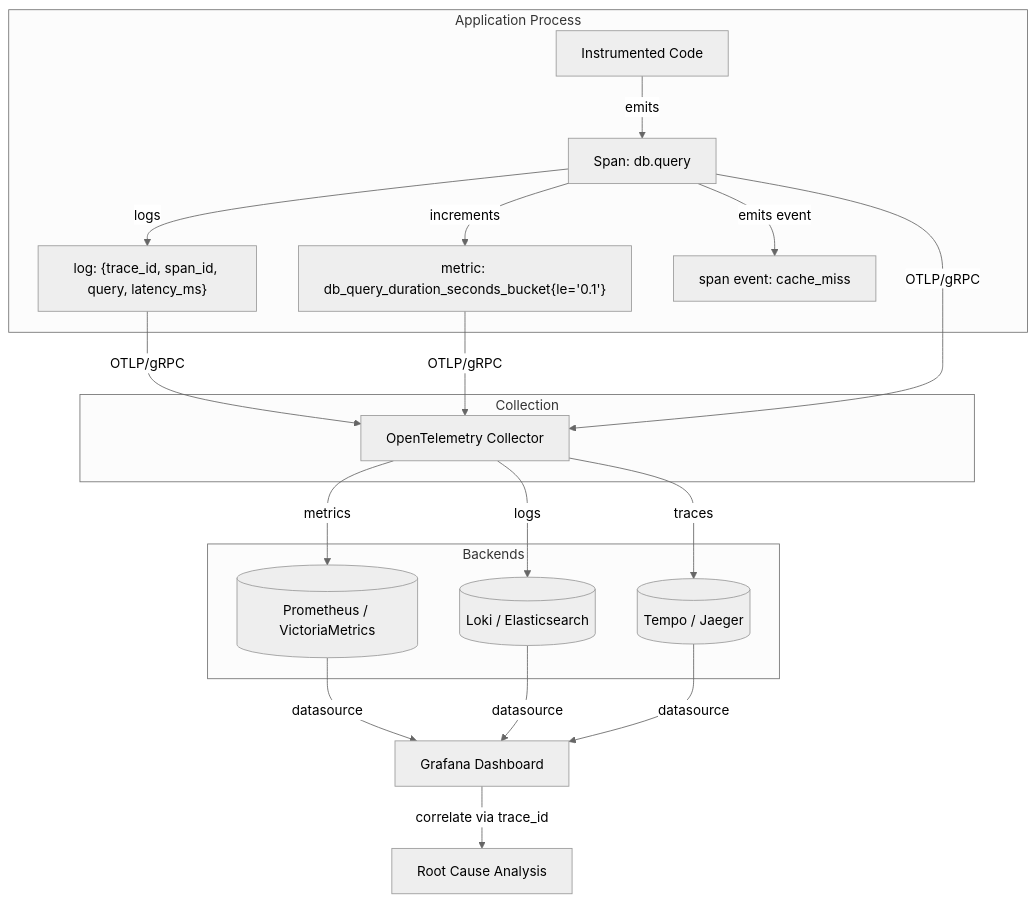
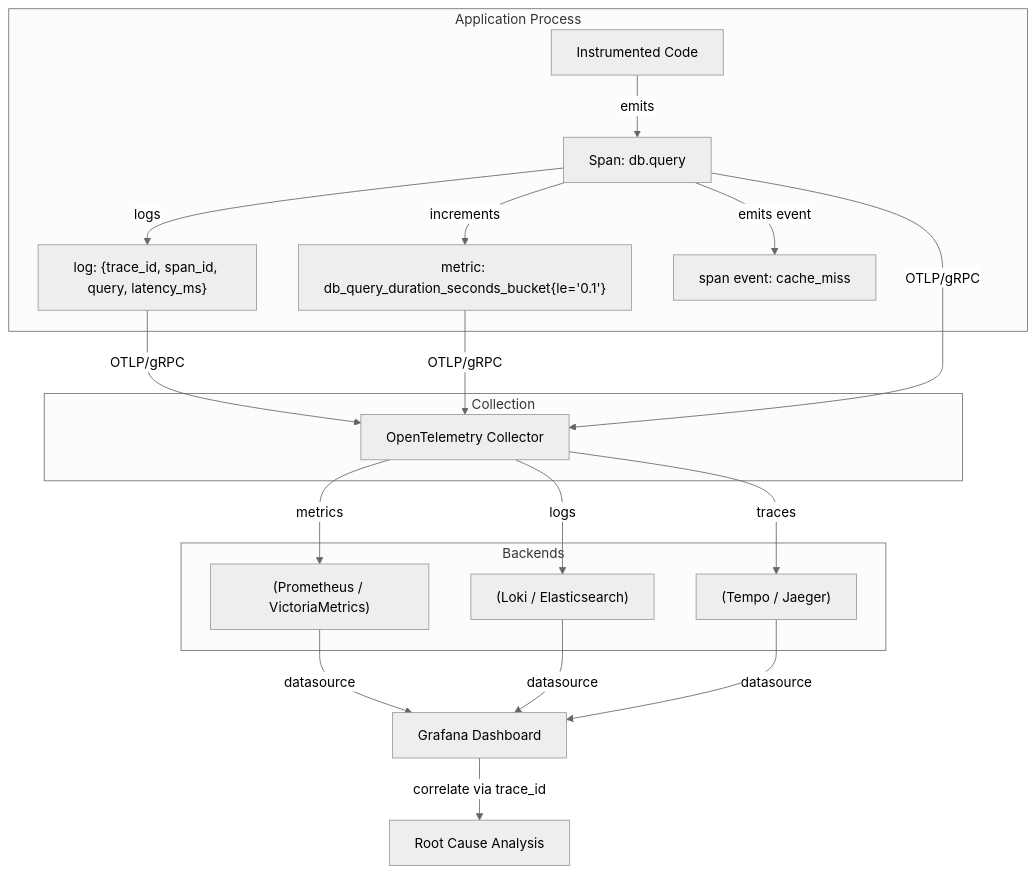
One commit to blebleblee/synapse changed the first of 6 diagrams in topics/computing/infrastructure/observability/lesson_01_monitoring_systems.md. Above: the diagram before and after it, drawn with Mermaid (neutral theme). The commit also changed other lines of this file and 116 other files, not shown here.

````diff
--- a/topics/computing/infrastructure/observability/lesson_01_monitoring_systems.md
+++ b/topics/computing/infrastructure/observability/lesson_01_monitoring_systems.md
@@ -30,23 +30,23 @@
 ```mermaid
 graph TB
-    subgraph "Application Process"
+    subgraph sub_application_process ["Application Process"]
         A[Instrumented Code] -->|emits| S1[Span: db.query]
         S1 -->|logs| L1["log: {trace_id, span_id, query, latency_ms}"]
         S1 -->|increments| M1["metric: db_query_duration_seconds_bucket{le='0.1'}"]
-        S1 -->|emits event| E1["span event: cache_miss"]
+        S1 -->|"emits event"| E1["span event: cache_miss"]
     end
-    subgraph "Collection"
-        L1 -->|OTLP/gRPC| C[OpenTelemetry Collector]
-        M1 -->|OTLP/gRPC| C
-        S1 -->|OTLP/gRPC| C
+    subgraph sub_collection ["Collection"]
+        L1 -->|"OTLP/gRPC"| C[OpenTelemetry Collector]
+        M1 -->|"OTLP/gRPC"| C
+        S1 -->|"OTLP/gRPC"| C
     end
-    subgraph "Backends"
-        C -->|metrics| P[(Prometheus / VictoriaMetrics)]
-        C -->|logs| E[(Loki / Elasticsearch)]
-        C -->|traces| T[(Tempo / Jaeger)]
+    subgraph sub_backends ["Backends"]
+        C -->|metrics| P["(Prometheus / VictoriaMetrics)"]
+        C -->|logs| E["(Loki / Elasticsearch)"]
+        C -->|traces| T["(Tempo / Jaeger)"]
     end
     P -->|datasource| G[Grafana Dashboard]
     E -->|datasource| G
     T -->|datasource| G
-    G -->|correlate via trace_id| Debug[Root Cause Analysis]
+    G -->|"correlate via trace_id"| Debug[Root Cause Analysis]
 ```
````
